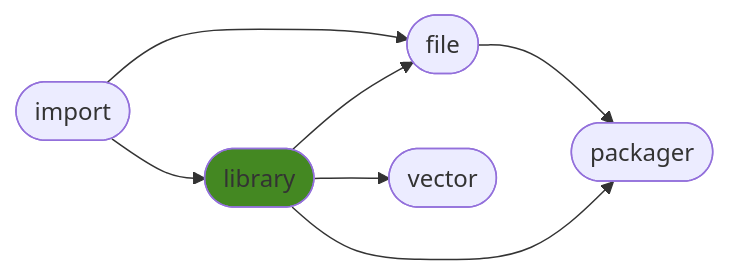
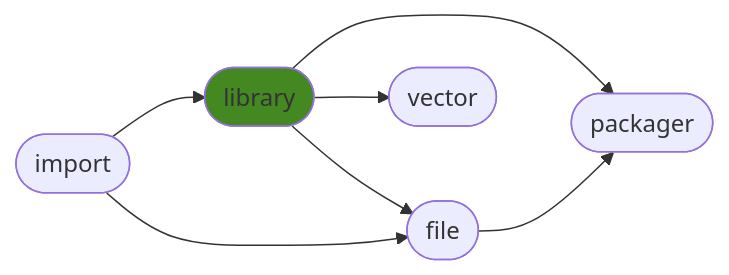
The diagram in README.md (ManderaGeneral/generallibrary), drawn with Mermaid before and after one commit. The commit also changed other lines of this file, not shown here.

````diff
--- a/README.md
+++ b/README.md
@@ -16,15 +16,15 @@
 ```mermaid
 flowchart LR
+1([library]) --> 2([file])
+1([library]) --> 4([packager])
+0([import]) --> 2([file])
+1([library]) --> 3([vector])
 2([file]) --> 4([packager])
-1([library]) --> 4([packager])
 0([import]) --> 1([library])
-0([import]) --> 2([file])
-1([library]) --> 2([file])
-1([library]) --> 3([vector])
 click 0 "https://github.com/ManderaGeneral/generalimport"
 click 1 "https://github.com/ManderaGeneral/generallibrary"
 click 2 "https://github.com/ManderaGeneral/generalfile"
 click 3 "https://github.com/ManderaGeneral/generalvector"
 click 4 "https://github.com/ManderaGeneral/generalpackager"
 style 1 fill:#482
 ```
````
